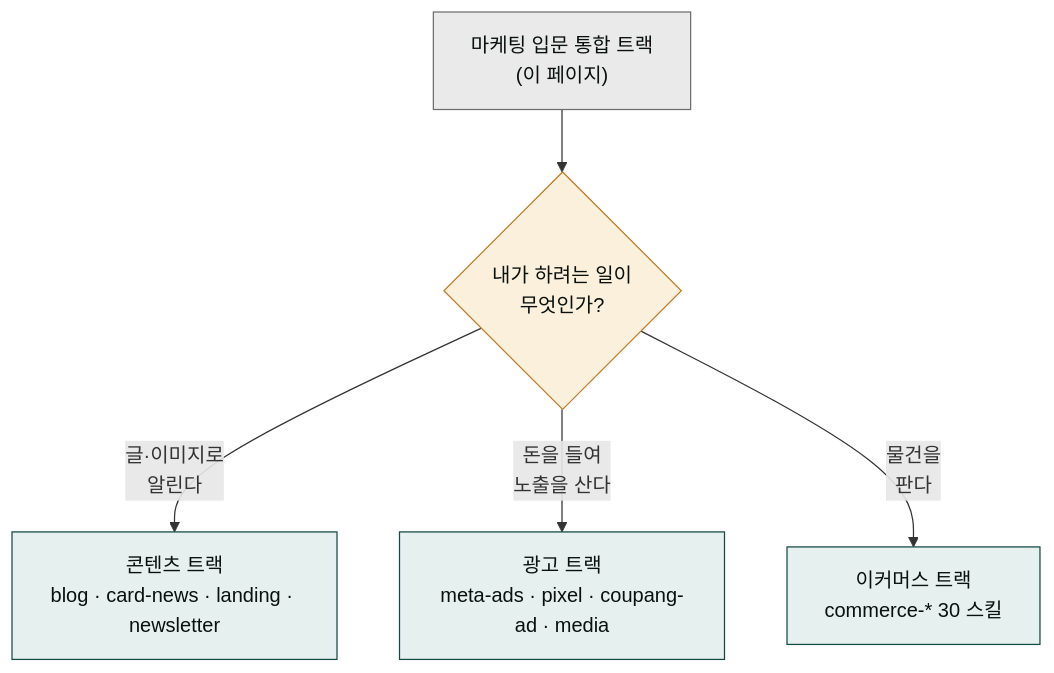
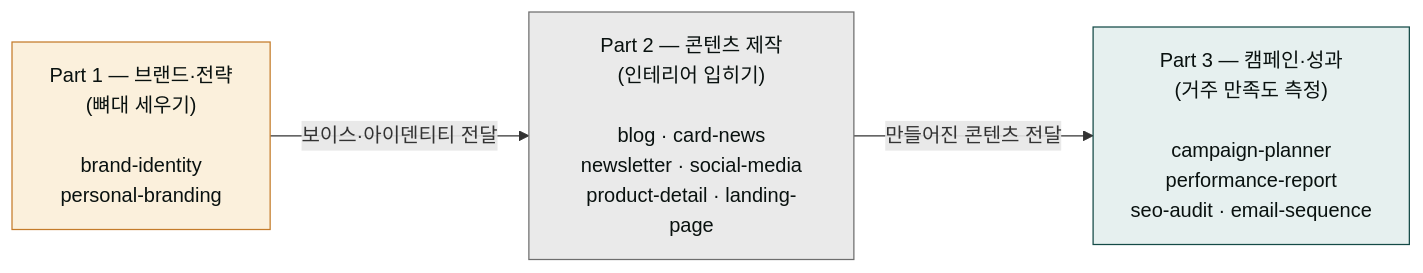
The fourth of 5 diagrams in content/cookbook/tracks/track-marketing.md (modu-ai/claude), drawn with Mermaid before and after one commit. The commit also changed other lines of this file and 43 other files, not shown here.

````diff
--- a/content/cookbook/tracks/track-marketing.md
+++ b/content/cookbook/tracks/track-marketing.md
@@ -23,14 +86,13 @@
 ```mermaid
-flowchart TD
-    Start["마케팅 입문 통합 트랙<br/>(이 페이지)"]
-    Start --> Q{"내가 하려는 일이<br/>무엇인가?"}
-    Q -- "글·이미지로<br/>알린다" --> C["콘텐츠 트랙<br/>blog · card-news · landing · newsletter"]
-    Q -- "돈을 들여<br/>노출을 산다" --> A["광고 트랙<br/>meta-ads · pixel · coupang-ad · media"]
-    Q -- "물건을<br/>판다" --> E["이커머스 트랙<br/>commerce-* 30 스킬"]
+flowchart LR
+    P1["Part 1 — 브랜드·전략<br/>(뼈대 세우기)<br/><br/>brand-identity<br/>personal-branding"]
+    P2["Part 2 — 콘텐츠 제작<br/>(인테리어 입히기)<br/><br/>blog · card-news<br/>newsletter · social-media<br/>product-detail · landing-page"]
+    P3["Part 3 — 캠페인·성과<br/>(거주 만족도 측정)<br/><br/>campaign-planner<br/>performance-report<br/>seo-audit · email-sequence"]
 
-    style Start fill:#eaeaea,stroke:#6e6e6e,color:#09110f
-    style Q fill:#fbf0dc,stroke:#c47b2a,color:#09110f
-    style C fill:#e6f0ef,stroke:#144a46,color:#09110f
-    style A fill:#e6f0ef,stroke:#144a46,color:#09110f
-    style E fill:#e6f0ef,stroke:#144a46,color:#09110f
+    P1 -->|"보이스·아이덴티티 전달"| P2
+    P2 -->|"만들어진 콘텐츠 전달"| P3
+
+    style P1 fill:#fbf0dc,stroke:#c47b2a,color:#09110f
+    style P2 fill:#eaeaea,stroke:#6e6e6e,color:#09110f
+    style P3 fill:#e6f0ef,stroke:#144a46,color:#09110f
 ```
````
